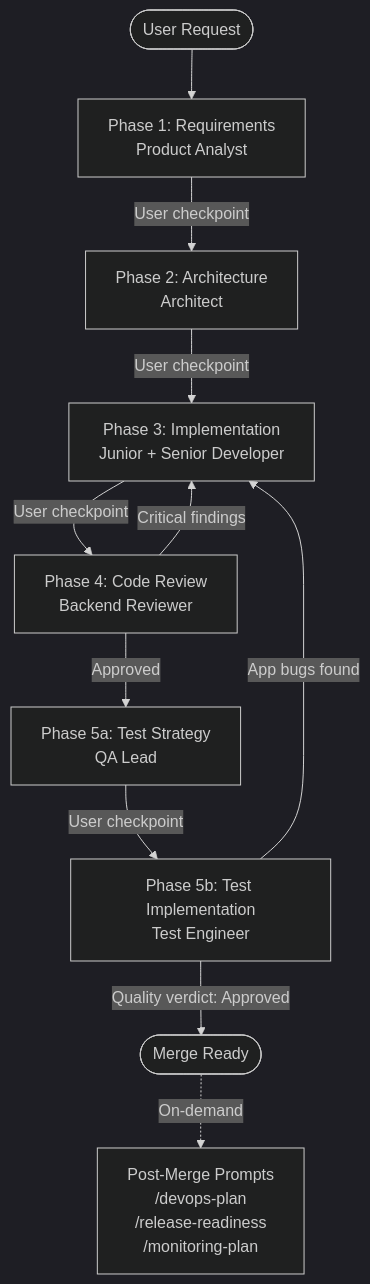
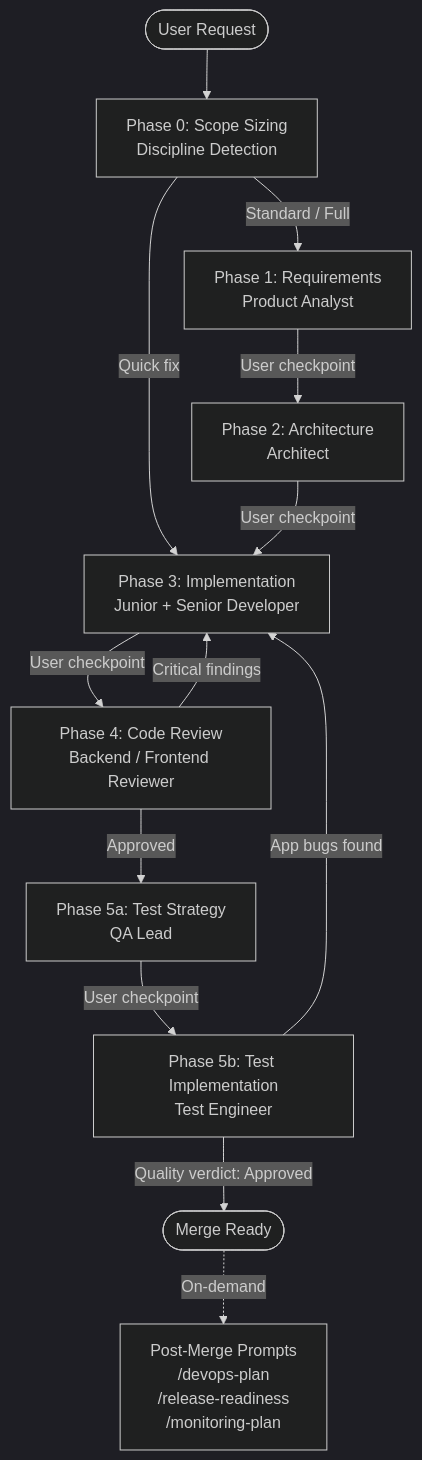
One commit to praveenkumarsaravanan/devcrew changed the first of 3 diagrams in article.md. Above: the diagram before and after it, drawn with Mermaid (dark theme). The commit also changed other lines of this file and 50 other files, not shown here.

````diff
--- a/article.md
+++ b/article.md
@@ -43,13 +47,15 @@
 ```mermaid
 flowchart TD
-    Start([User Request]) --> P1[Phase 1: Requirements\nProduct Analyst]
+    Start([User Request]) --> P0[Phase 0: Scope Sizing\nDiscipline Detection]
+    P0 -->|"Quick fix"| P3
+    P0 -->|"Standard / Full"| P1[Phase 1: Requirements\nProduct Analyst]
     P1 -->|"User checkpoint"| P2[Phase 2: Architecture\nArchitect]
     P2 -->|"User checkpoint"| P3[Phase 3: Implementation\nJunior + Senior Developer]
-    P3 -->|"User checkpoint"| P4[Phase 4: Code Review\nBackend Reviewer]
+    P3 -->|"User checkpoint"| P4[Phase 4: Code Review\nBackend / Frontend Reviewer]
     P4 -->|"Critical findings"| P3
     P4 -->|"Approved"| P5a[Phase 5a: Test Strategy\nQA Lead]
     P5a -->|"User checkpoint"| P5b[Phase 5b: Test Implementation\nTest Engineer]
     P5b -->|"App bugs found"| P3
     P5b -->|"Quality verdict: Approved"| Done([Merge Ready])
     Done -.->|"On-demand"| PostMerge["Post-Merge Prompts\n/devops-plan\n/release-readiness\n/monitoring-plan"]
 ```
````
